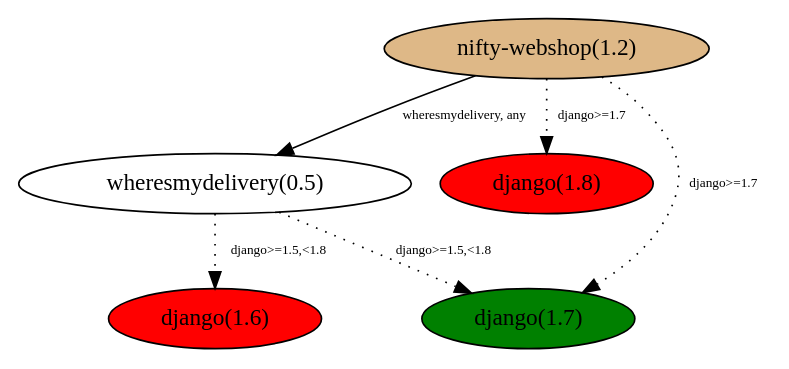
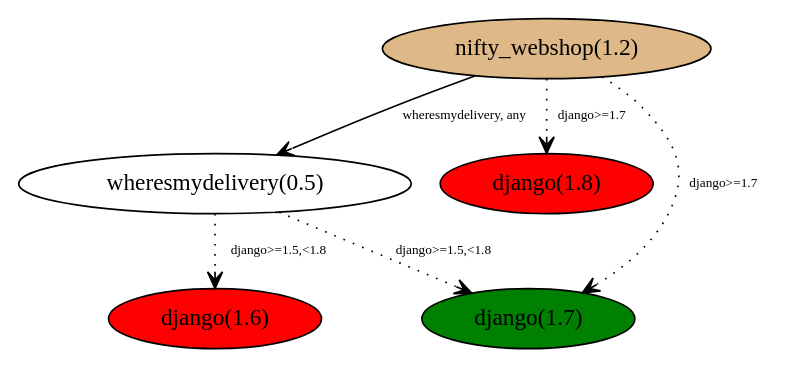
Before and after one commit to awwad/depresolve: the diagram in docs/dep_conflict_examples2.dot, drawn with Graphviz. The commit also changed 5 other files, not shown here.

Commit message:
minor tweaks to diagrams

```diff
--- a/docs/dep_conflict_examples2.dot
+++ b/docs/dep_conflict_examples2.dot
@@ -1,23 +1,23 @@
 digraph example2 {
 
   #nifty11 [label="nifty-webshop(1.1)",fillcolor="burlywood",style="filled"]
-  nifty12 [label="nifty-webshop(1.2)",fillcolor="burlywood",style="filled"]
+  nifty12 [label="nifty_webshop(1.2)",fillcolor="burlywood",style="filled"]
   wheresmydelivery05 [label="wheresmydelivery(0.5)"]
   #wheresmydelivery04 [label="wheresmydelivery(0.4)"]
   #wheresmydelivery03 [label="wheresmydelivery(0.3)"]
   #django19 [label='django(1.9)']
   django18 [label="django(1.8)",fillcolor="red",style="filled"]
   django17 [label="django(1.7)",fillcolor="green",style="filled"]
   django16 [label="django(1.6)",fillcolor="red",style="filled"]
   #django15 [label="django(1.5)"]
 
   subgraph n2 {
     label = "Case 2"
     #nifty12 -> django19 [label="django>=1.7",style=dotted,fontsize=8]
-    nifty12 -> django18 [label="django>=1.7",style=dotted,fontsize=8]
-    nifty12 -> django17 [label="django>=1.7",style=dotted,fontsize=8]
-    nifty12 -> wheresmydelivery05 [label="wheresmydelivery, any",fontsize=8]
-    wheresmydelivery05 -> django17 [label="django>=1.5,<1.8",style=dotted,fontsize=8]
-    wheresmydelivery05 -> django16 [label="django>=1.5,<1.8",style=dotted,fontsize=8]
+    nifty12 -> django18 [label="django>=1.7",style=dotted,fontsize=8,arrowhead=vee]
+    nifty12 -> django17 [label="django>=1.7",style=dotted,fontsize=8,arrowhead=vee]
+    nifty12 -> wheresmydelivery05 [label="wheresmydelivery, any",fontsize=8,arrowhead=vee]
+    wheresmydelivery05 -> django17 [label="django>=1.5,<1.8",style=dotted,fontsize=8,arrowhead=vee]
+    wheresmydelivery05 -> django16 [label="django>=1.5,<1.8",style=dotted,fontsize=8,arrowhead=vee]
   }  
 }
```
